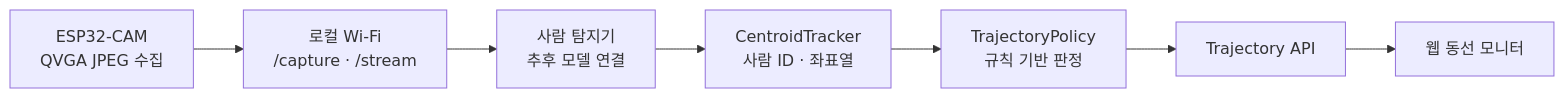
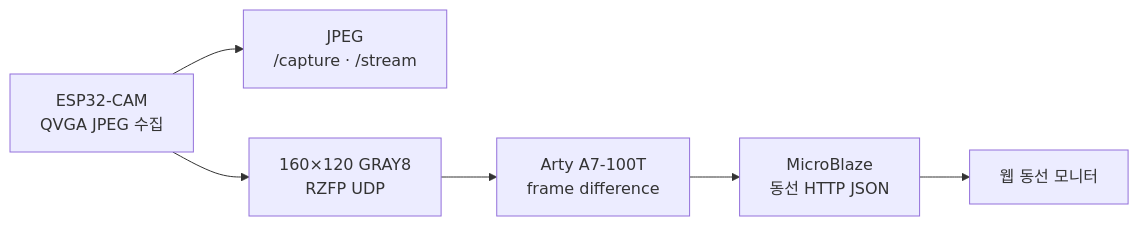
One commit to Uree1229/Risk-ZERO changed the diagram in docs/RISK-ZERO_ESP32-CAM_현관_동선_추적_설계_v0.1.md. Above: the diagram before and after it, drawn with Mermaid. The commit also changed other lines of this file and 43 other files, not shown here.

Commit message:
Add Arty A7 FPGA motion pipeline

````diff
--- a/docs/RISK-ZERO_ESP32-CAM_현관_동선_추적_설계_v0.1.md
+++ b/docs/RISK-ZERO_ESP32-CAM_현관_동선_추적_설계_v0.1.md
@@ -17,12 +17,12 @@
 ```mermaid
 flowchart LR
     Camera["ESP32-CAM<br/>QVGA JPEG 수집"]
-    Stream["로컬 Wi-Fi<br/>/capture · /stream"]
-    Detector["사람 탐지기<br/>추후 모델 연결"]
-    Tracker["CentroidTracker<br/>사람 ID · 좌표열"]
-    Policy["TrajectoryPolicy<br/>규칙 기반 판정"]
-    API["Trajectory API"]
+    WebStream["JPEG<br/>/capture · /stream"]
+    Gray["160×120 GRAY8<br/>RZFP UDP"]
+    FPGA["Arty A7-100T<br/>frame difference"]
+    Status["MicroBlaze<br/>동선 HTTP JSON"]
     Monitor["웹 동선 모니터"]
 
-    Camera --> Stream --> Detector --> Tracker --> Policy --> API --> Monitor
+    Camera --> WebStream
+    Camera --> Gray --> FPGA --> Status --> Monitor
 ```
````
